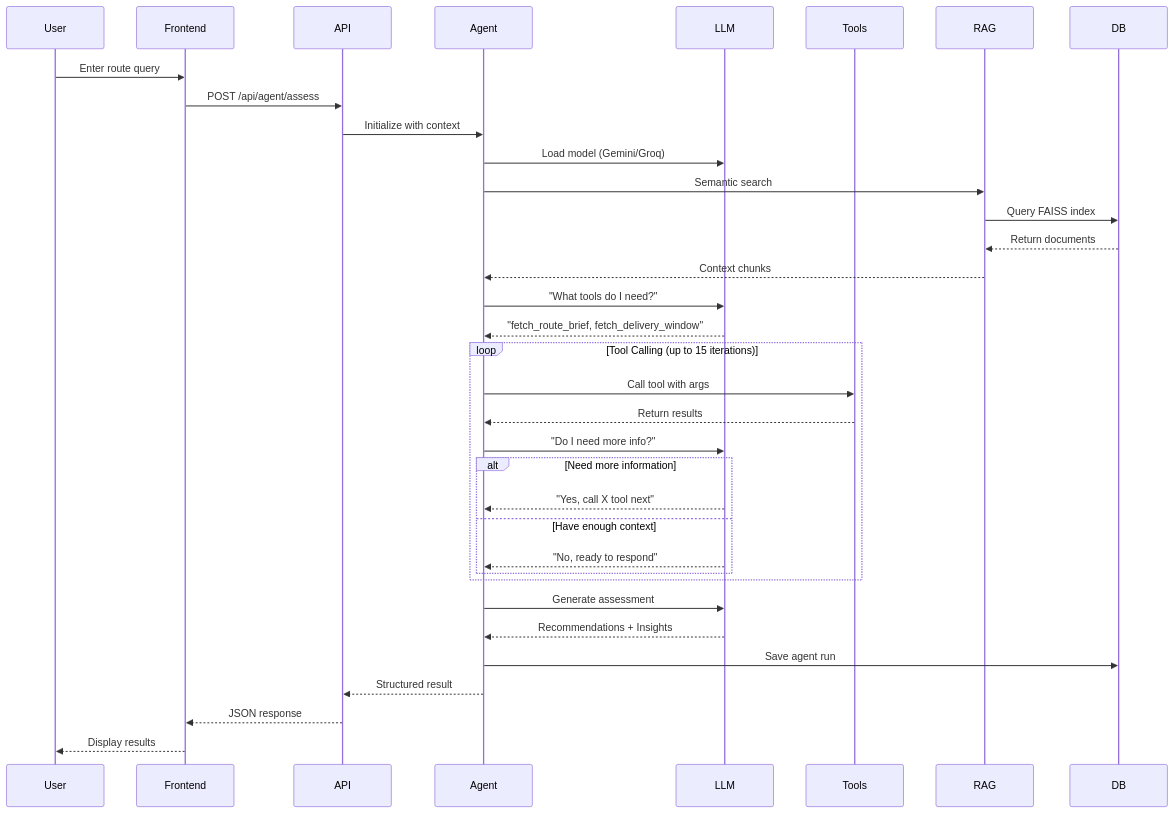
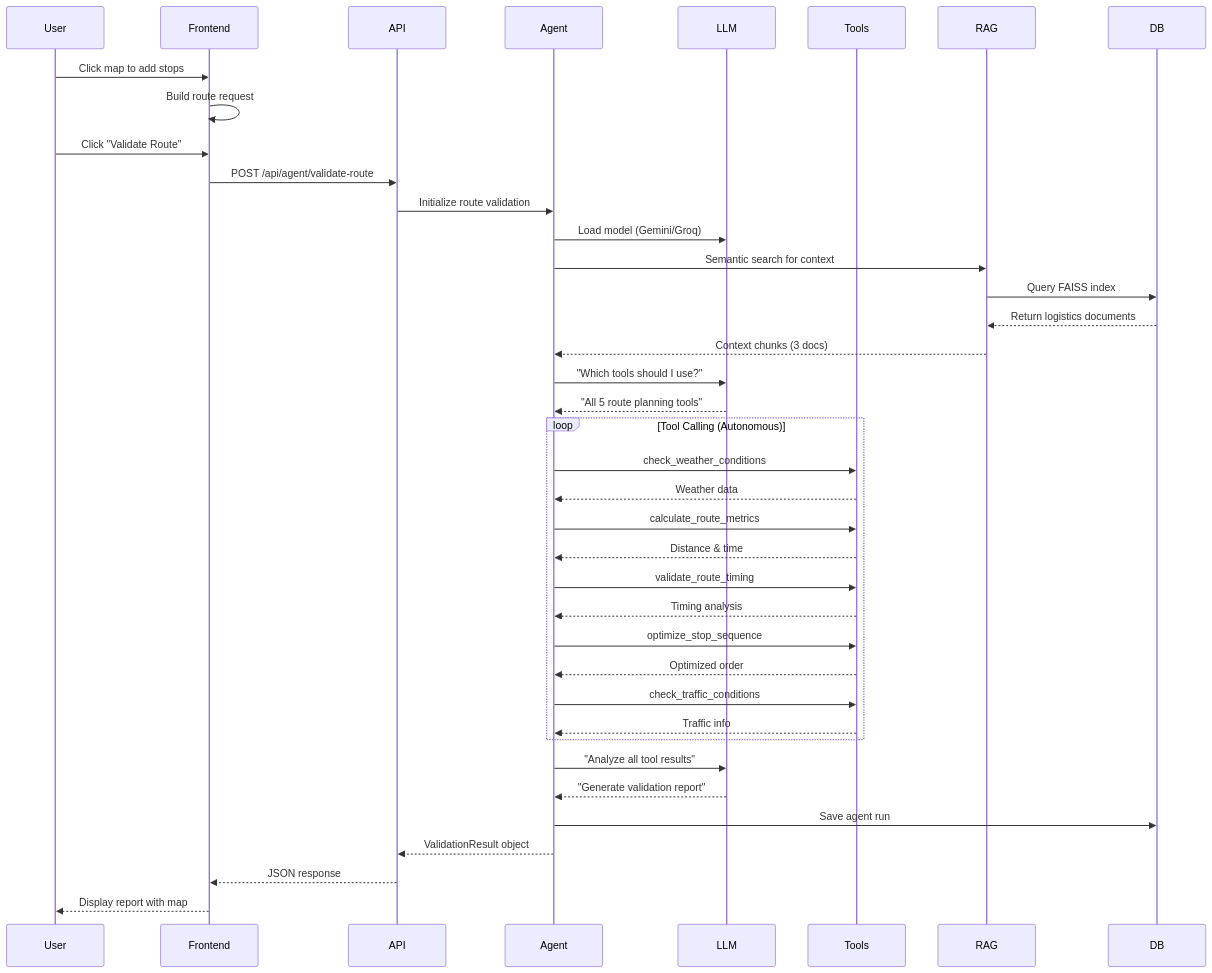
Before and after one commit to ahmedelagamy132/aiinweb-project: the second of 3 diagrams in logistics-route-planner/AGENT_DIAGRAM.md, drawn with Mermaid. The commit also changed other lines of this file and 5 other files, not shown here.

````diff
--- a/logistics-route-planner/AGENT_DIAGRAM.md
+++ b/logistics-route-planner/AGENT_DIAGRAM.md
@@ -88,41 +72,45 @@
 ```mermaid
 sequenceDiagram
     participant User
     participant Frontend
     participant API
     participant Agent
     participant LLM
     participant Tools
     participant RAG
     participant DB
     
-    User->>Frontend: Enter route query
-    Frontend->>API: POST /api/agent/assess
-    API->>Agent: Initialize with context
+    User->>Frontend: Click map to add stops
+    Frontend->>Frontend: Build route request
+    User->>Frontend: Click "Validate Route"
+    Frontend->>API: POST /api/agent/validate-route
+    API->>Agent: Initialize route validation
     Agent->>LLM: Load model (Gemini/Groq)
-    Agent->>RAG: Semantic search
+    Agent->>RAG: Semantic search for context
     RAG->>DB: Query FAISS index
-    DB-->>RAG: Return documents
-    RAG-->>Agent: Context chunks
+    DB-->>RAG: Return logistics documents
+    RAG-->>Agent: Context chunks (3 docs)
     
-    Agent->>LLM: "What tools do I need?"
-    LLM-->>Agent: "fetch_route_brief, fetch_delivery_window"
+    Agent->>LLM: "Which tools should I use?"
+    LLM-->>Agent: "All 5 route planning tools"
     
-    loop Tool Calling (up to 15 iterations)
-        Agent->>Tools: Call tool with args
-        Tools-->>Agent: Return results
-        Agent->>LLM: "Do I need more info?"
-        alt Need more information
-            LLM-->>Agent: "Yes, call X tool next"
-        else Have enough context
-            LLM-->>Agent: "No, ready to respond"
-        end
+    loop Tool Calling (Autonomous)
+        Agent->>Tools: check_weather_conditions
+        Tools-->>Agent: Weather data
+        Agent->>Tools: calculate_route_metrics
+        Tools-->>Agent: Distance & time
+        Agent->>Tools: validate_route_timing
+        Tools-->>Agent: Timing analysis
+        Agent->>Tools: optimize_stop_sequence
+        Tools-->>Agent: Optimized order
+        Agent->>Tools: check_traffic_conditions
+        Tools-->>Agent: Traffic info
     end
     
-    Agent->>LLM: Generate assessment
-    LLM-->>Agent: Recommendations + Insights
+    Agent->>LLM: "Analyze all tool results"
+    LLM-->>Agent: "Generate validation report"
     Agent->>DB: Save agent run
-    Agent-->>API: Structured result
+    Agent-->>API: ValidationResult object
     API-->>Frontend: JSON response
-    Frontend-->>User: Display results
+    Frontend-->>User: Display report with map
 ```
````
